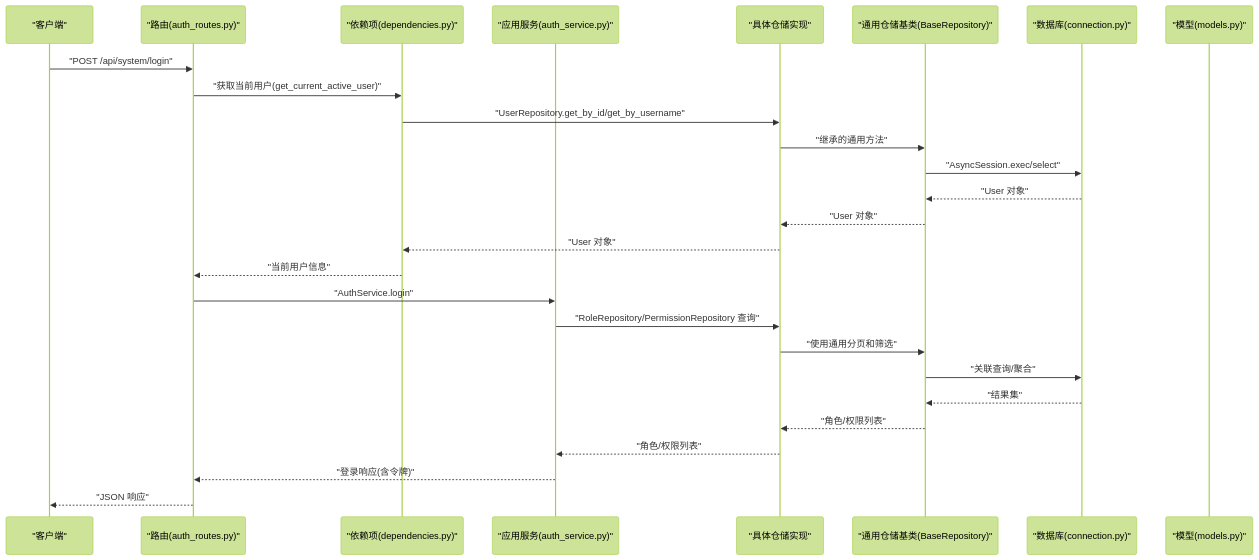
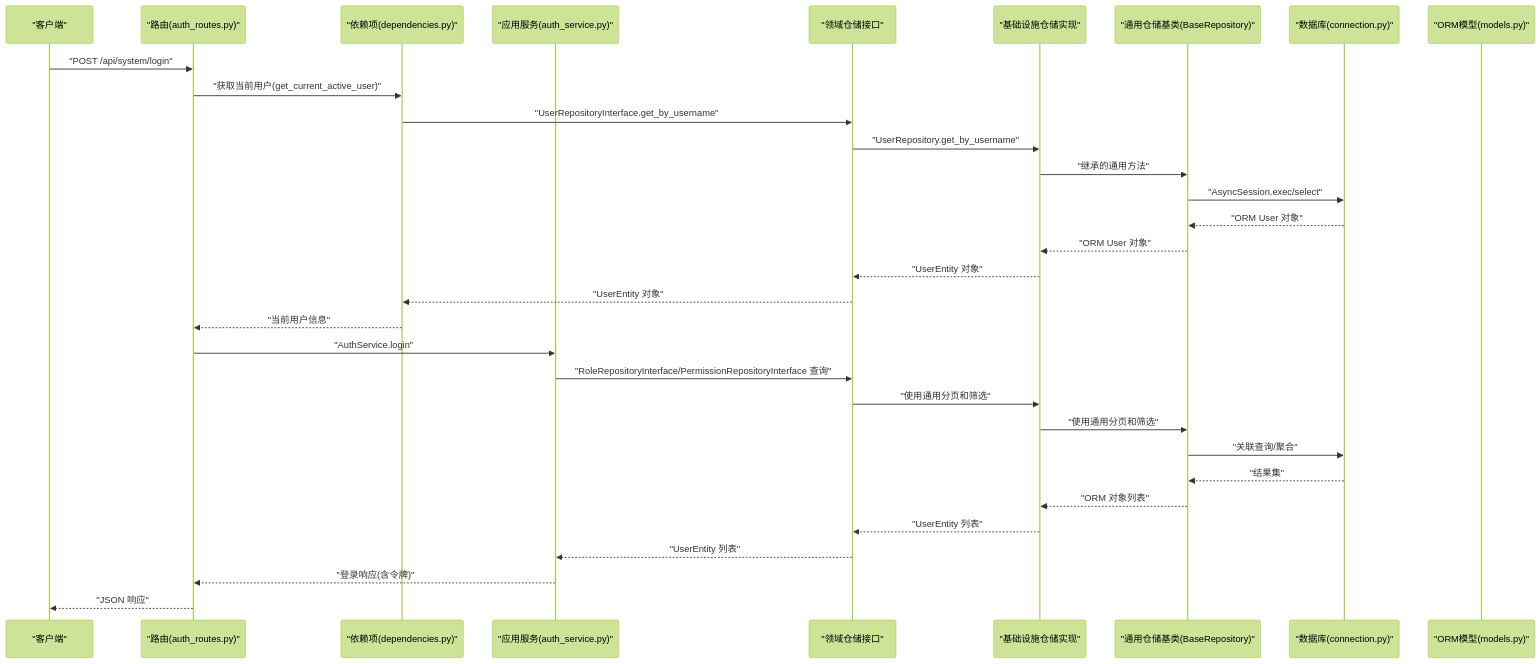
The second of 7 diagrams in .qoder/repowiki/zh/content/后端架构设计/DDD 分层架构详解/基础设施层（Data Access）.md (taoweidong/Hello-FastApi), drawn with Mermaid (forest theme) before and after one commit. The commit also changed other lines of this file and 18 other files, not shown here.

````diff
--- a/.qoder/repowiki/zh/content/后端架构设计/DDD 分层架构详解/基础设施层（Data Access）.md
+++ b/.qoder/repowiki/zh/content/后端架构设计/DDD 分层架构详解/基础设施层（Data Access）.md
@@ -122,29 +142,34 @@
 ```mermaid
 sequenceDiagram
 participant Client as "客户端"
 participant API as "路由(auth_routes.py)"
 participant Dep as "依赖项(dependencies.py)"
 participant Svc as "应用服务(auth_service.py)"
-participant Repo as "具体仓储实现"
+participant DomainRepo as "领域仓储接口"
+participant InfraRepo as "基础设施仓储实现"
 participant BaseRepo as "通用仓储基类(BaseRepository)"
 participant DB as "数据库(connection.py)"
-participant Model as "模型(models.py)"
+participant Model as "ORM模型(models.py)"
 Client->>API : "POST /api/system/login"
 API->>Dep : "获取当前用户(get_current_active_user)"
-Dep->>Repo : "UserRepository.get_by_id/get_by_username"
-Repo->>BaseRepo : "继承的通用方法"
+Dep->>DomainRepo : "UserRepositoryInterface.get_by_username"
+DomainRepo->>InfraRepo : "UserRepository.get_by_username"
+InfraRepo->>BaseRepo : "继承的通用方法"
 BaseRepo->>DB : "AsyncSession.exec/select"
-DB-->>BaseRepo : "User 对象"
-BaseRepo-->>Repo : "User 对象"
-Repo-->>Dep : "User 对象"
+DB-->>BaseRepo : "ORM User 对象"
+BaseRepo-->>InfraRepo : "ORM User 对象"
+InfraRepo-->>DomainRepo : "UserEntity 对象"
+DomainRepo-->>Dep : "UserEntity 对象"
 Dep-->>API : "当前用户信息"
 API->>Svc : "AuthService.login"
-Svc->>Repo : "RoleRepository/PermissionRepository 查询"
-Repo->>BaseRepo : "使用通用分页和筛选"
+Svc->>DomainRepo : "RoleRepositoryInterface/PermissionRepositoryInterface 查询"
+DomainRepo->>InfraRepo : "使用通用分页和筛选"
+InfraRepo->>BaseRepo : "使用通用分页和筛选"
 BaseRepo->>DB : "关联查询/聚合"
 DB-->>BaseRepo : "结果集"
-BaseRepo-->>Repo : "角色/权限列表"
-Repo-->>Svc : "角色/权限列表"
+BaseRepo-->>InfraRepo : "ORM 对象列表"
+InfraRepo-->>DomainRepo : "UserEntity 列表"
+DomainRepo-->>Svc : "UserEntity 列表"
 Svc-->>API : "登录响应(含令牌)"
 API-->>Client : "JSON 响应"
 ```
````
